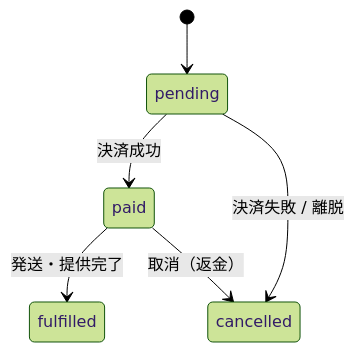
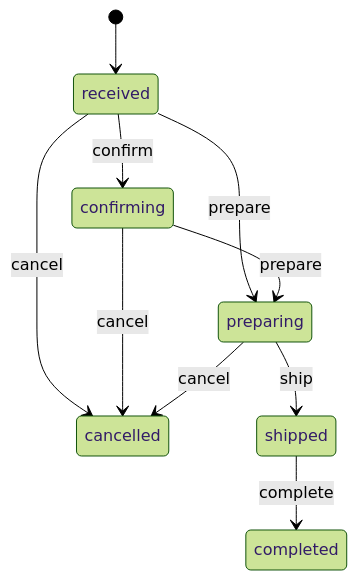
One commit to team-natural/business-pet-kampo changed the diagram in docs/3-development/09-state-machine-spec.md. Above: the diagram before and after it, drawn with Mermaid (forest theme). The commit also changed other lines of this file and 22 other files, not shown here.

````diff
--- a/docs/3-development/09-state-machine-spec.md
+++ b/docs/3-development/09-state-machine-spec.md
@@ -248,8 +575,12 @@
 ```mermaid
 stateDiagram-v2
-    [*] --> pending
-    pending --> paid: 決済成功
-    pending --> cancelled: 決済失敗 / 離脱
-    paid --> fulfilled: 発送・提供完了
-    paid --> cancelled: 取消（返金）
+    [*] --> received
+    received --> confirming: confirm
+    received --> preparing: prepare
+    confirming --> preparing: prepare
+    received --> cancelled: cancel
+    confirming --> cancelled: cancel
+    preparing --> cancelled: cancel
+    preparing --> shipped: ship
+    shipped --> completed: complete
 ```
````
